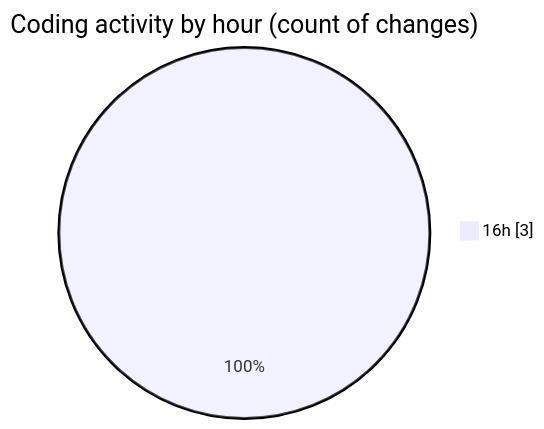
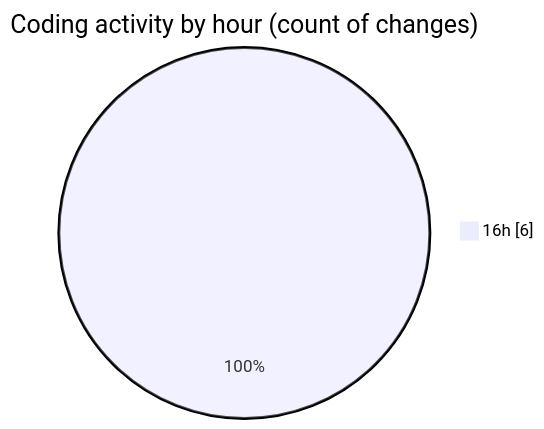
One commit to NitaiMahat/code-tracking changed the second of 2 diagrams in 2025-03-30/startfiles/README.md. Above: the diagram before and after it, drawn with Mermaid. The commit also changed other lines of this file and 1 other file, not shown here.

````diff
--- a/2025-03-30/startfiles/README.md
+++ b/2025-03-30/startfiles/README.md
@@ -28,5 +31,5 @@
 ```mermaid
 pie showData
 title Coding activity by hour (count of changes)
-"16h" : 3
+"16h" : 6
 ```
````
